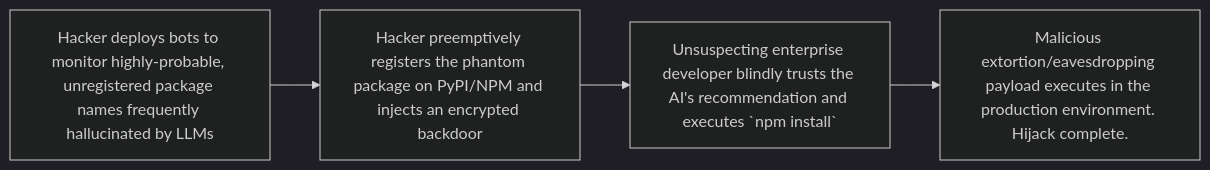
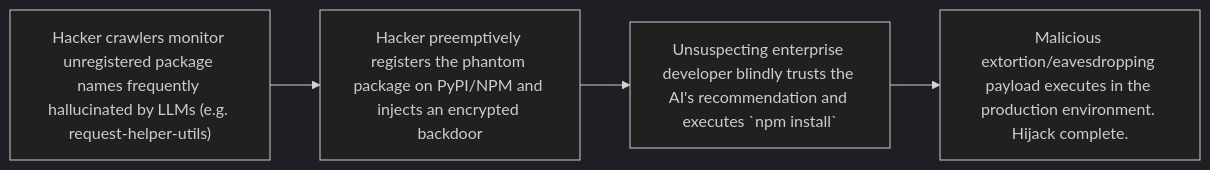
Before and after one commit to ruanqizhen/cocode: the second of 2 diagrams in i18n/en/docusaurus-plugin-content-docs/current/hallucination.md, drawn with Mermaid (dark theme). The commit also changed other lines of this file and 51 other files, not shown here.

````diff
--- a/i18n/en/docusaurus-plugin-content-docs/current/hallucination.md
+++ b/i18n/en/docusaurus-plugin-content-docs/current/hallucination.md
@@ -113,6 +113,6 @@
 ```mermaid
 flowchart LR
-    A["Hacker deploys bots to monitor highly-probable, unregistered package names frequently hallucinated by LLMs"] --> B["Hacker preemptively registers the phantom package on PyPI/NPM and injects an encrypted backdoor"]
+    A["Hacker crawlers monitor unregistered package names frequently hallucinated by LLMs (e.g. request-helper-utils)"] --> B["Hacker preemptively registers the phantom package on PyPI/NPM and injects an encrypted backdoor"]
     B --> C["Unsuspecting enterprise developer blindly trusts the AI's recommendation and executes `npm install`"]
     C --> D["Malicious extortion/eavesdropping payload executes in the production environment. Hijack complete."]
 ```
````
